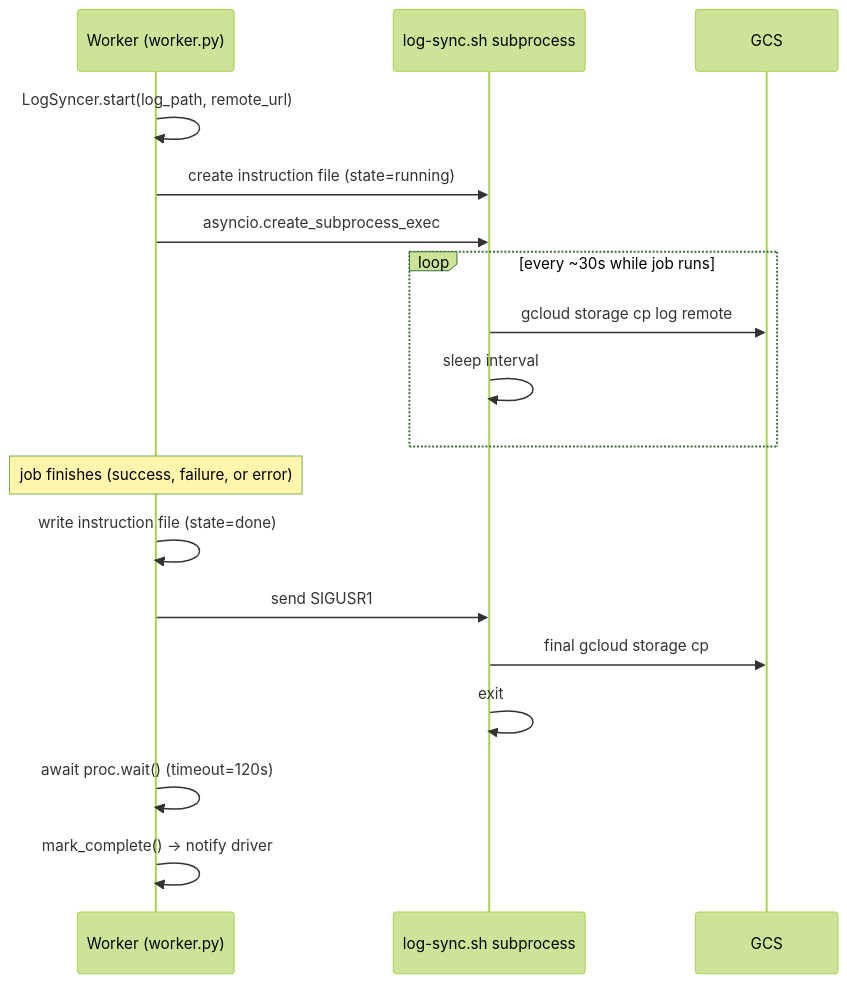
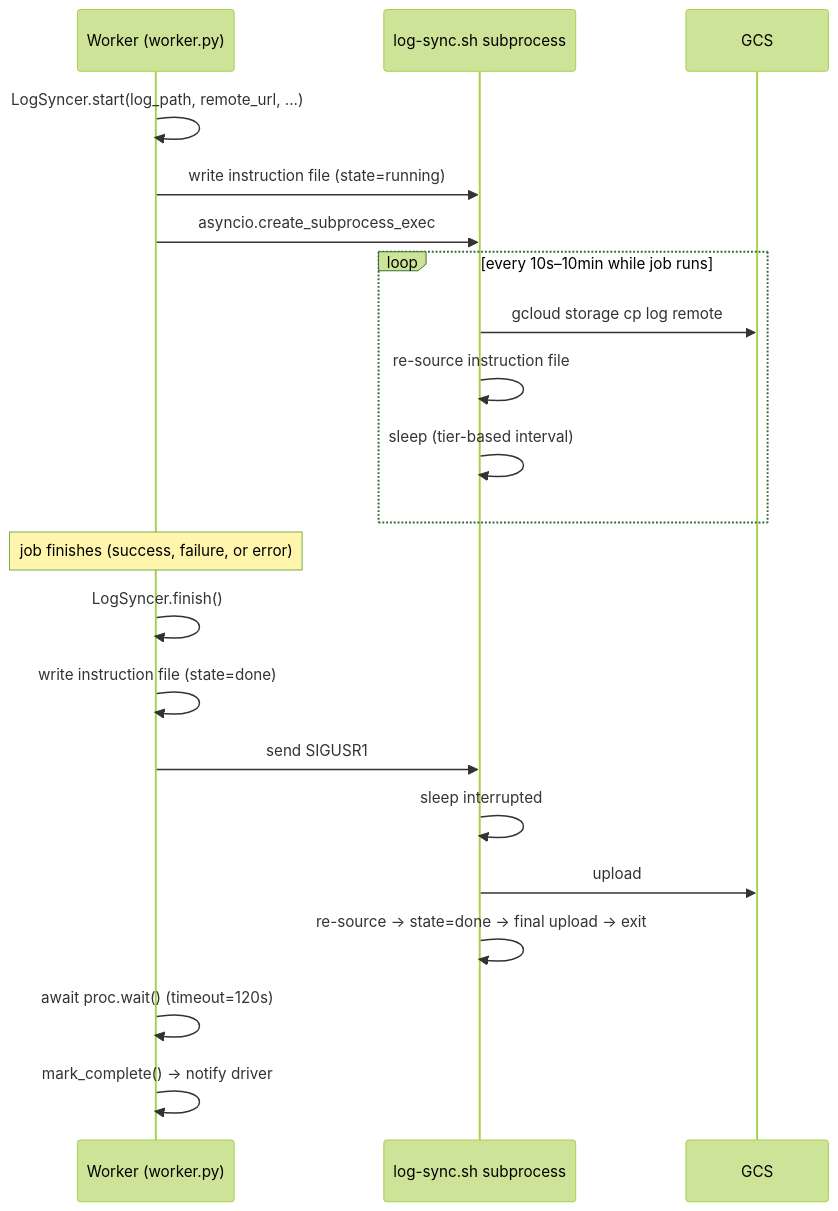
One commit to hail-is/hail changed the second of 3 diagrams in dev-docs/services/batch/persistent-preempted-logs.md. Above: the diagram before and after it, drawn with Mermaid (forest theme). The commit also changed other lines of this file, not shown here.

````diff
--- a/dev-docs/services/batch/persistent-preempted-logs.md
+++ b/dev-docs/services/batch/persistent-preempted-logs.md
@@ -70,23 +122,26 @@
 ```mermaid
 sequenceDiagram
     participant W as Worker (worker.py)
     participant S as log-sync.sh subprocess
     participant GCS
 
-    W->>W: LogSyncer.start(log_path, remote_url)
-    W->>S: create instruction file (state=running)
+    W->>W: LogSyncer.start(log_path, remote_url, ...)
+    W->>S: write instruction file (state=running)
     W->>S: asyncio.create_subprocess_exec
 
-    loop every ~30s while job runs
+    loop every 10s–10min while job runs
         S->>GCS: gcloud storage cp log remote
-        S->>S: sleep interval
+        S->>S: re-source instruction file
+        S->>S: sleep (tier-based interval)
     end
 
     Note over W: job finishes (success, failure, or error)
+    W->>W: LogSyncer.finish()
     W->>W: write instruction file (state=done)
     W->>S: send SIGUSR1
-    S->>GCS: final gcloud storage cp
-    S->>S: exit
+    S->>S: sleep interrupted
+    S->>GCS: upload
+    S->>S: re-source → state=done → final upload → exit
     W->>W: await proc.wait() (timeout=120s)
     W->>W: mark_complete() → notify driver
 ```
````
